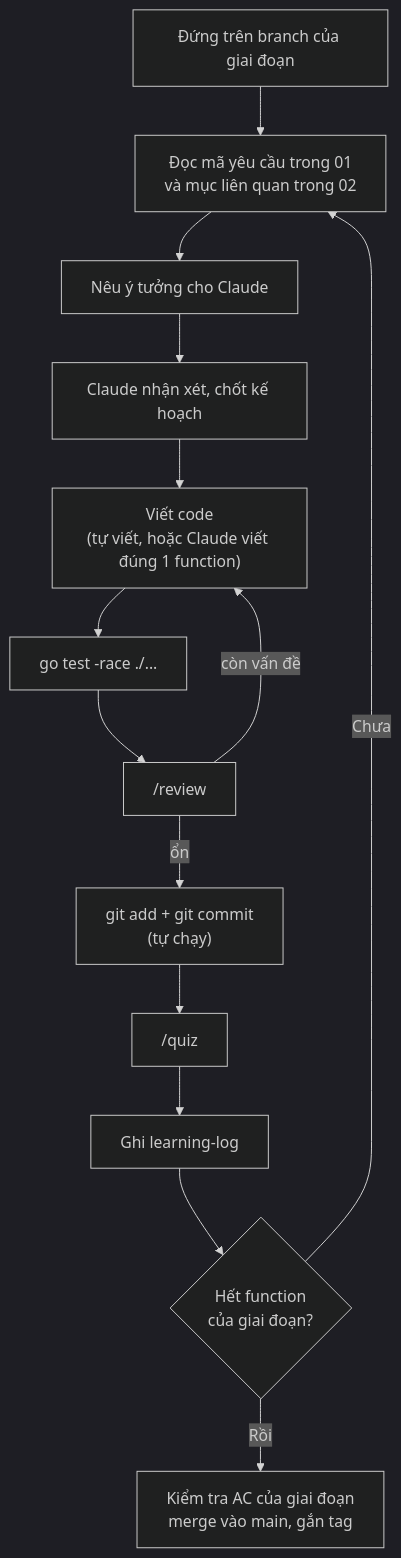
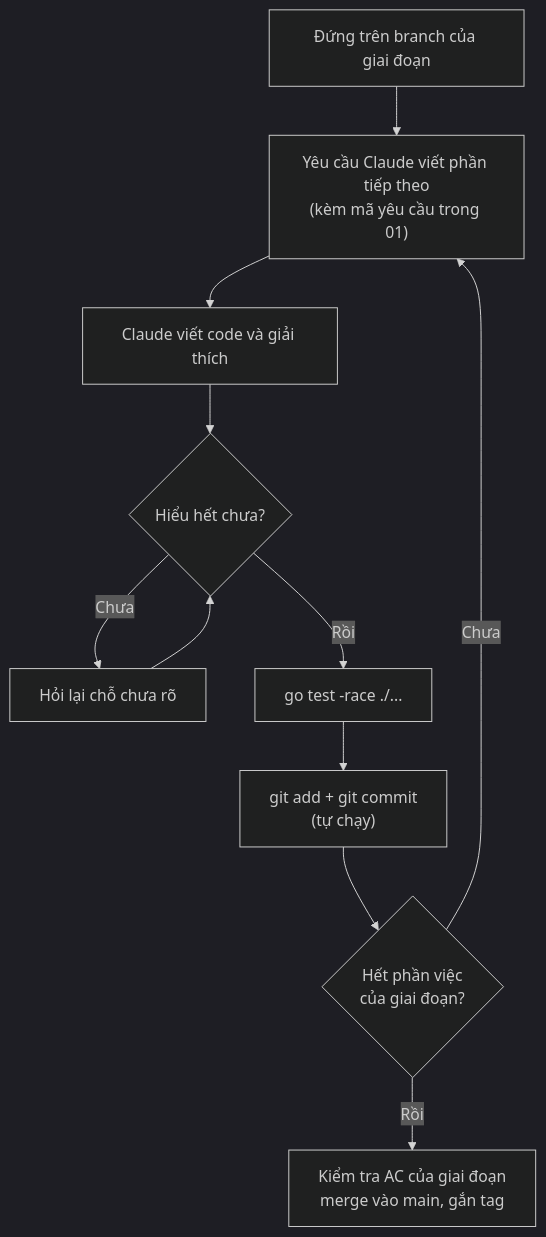
The second of 3 diagrams in docs/00-getting-started.md (DuongNT261/conversion-pipeline), drawn with Mermaid (dark theme) before and after one commit. The commit also changed other lines of this file and 4 other files, not shown here.

Commit message:
docs: switch claude to write-first mentoring flow

````diff
--- a/docs/00-getting-started.md
+++ b/docs/00-getting-started.md
@@ -96,16 +98,12 @@
 ```mermaid
 flowchart TD
-    A["Đứng trên branch của giai đoạn"] --> B["Đọc mã yêu cầu trong 01<br/>và mục liên quan trong 02"]
-    B --> C["Nêu ý tưởng cho Claude"]
-    C --> D["Claude nhận xét, chốt kế hoạch"]
-    D --> E["Viết code<br/>(tự viết, hoặc Claude viết đúng 1 function)"]
-    E --> F["go test -race ./..."]
-    F --> G["/review"]
-    G -->|"còn vấn đề"| E
-    G -->|"ổn"| H["git add + git commit<br/>(tự chạy)"]
-    H --> I["/quiz"]
-    I --> J["Ghi learning-log"]
-    J --> K{"Hết function<br/>của giai đoạn?"}
+    A["Đứng trên branch của giai đoạn"] --> B["Yêu cầu Claude viết phần tiếp theo<br/>(kèm mã yêu cầu trong 01)"]
+    B --> C["Claude viết code và giải thích"]
+    C --> D{"Hiểu hết chưa?"}
+    D -->|"Chưa"| E["Hỏi lại chỗ chưa rõ"] --> D
+    D -->|"Rồi"| F["go test -race ./..."]
+    F --> H["git add + git commit<br/>(tự chạy)"]
+    H --> K{"Hết phần việc<br/>của giai đoạn?"}
     K -->|"Chưa"| B
     K -->|"Rồi"| L["Kiểm tra AC của giai đoạn<br/>merge vào main, gắn tag"]
 ```
````
